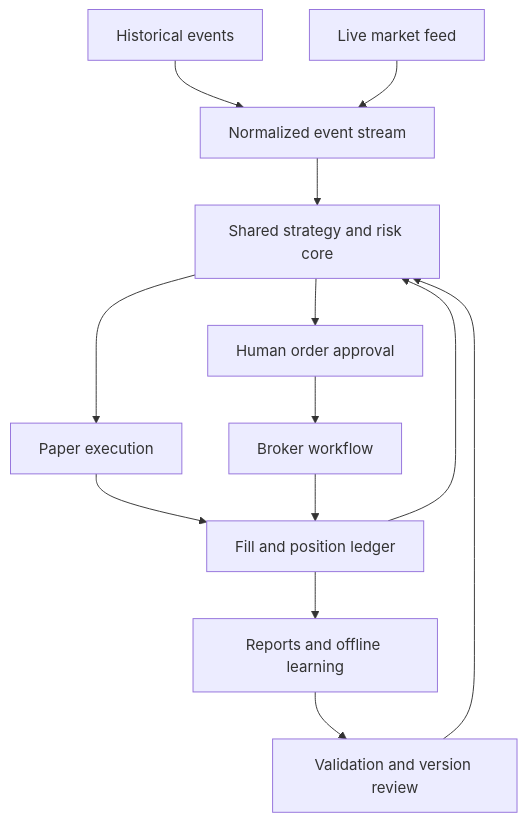
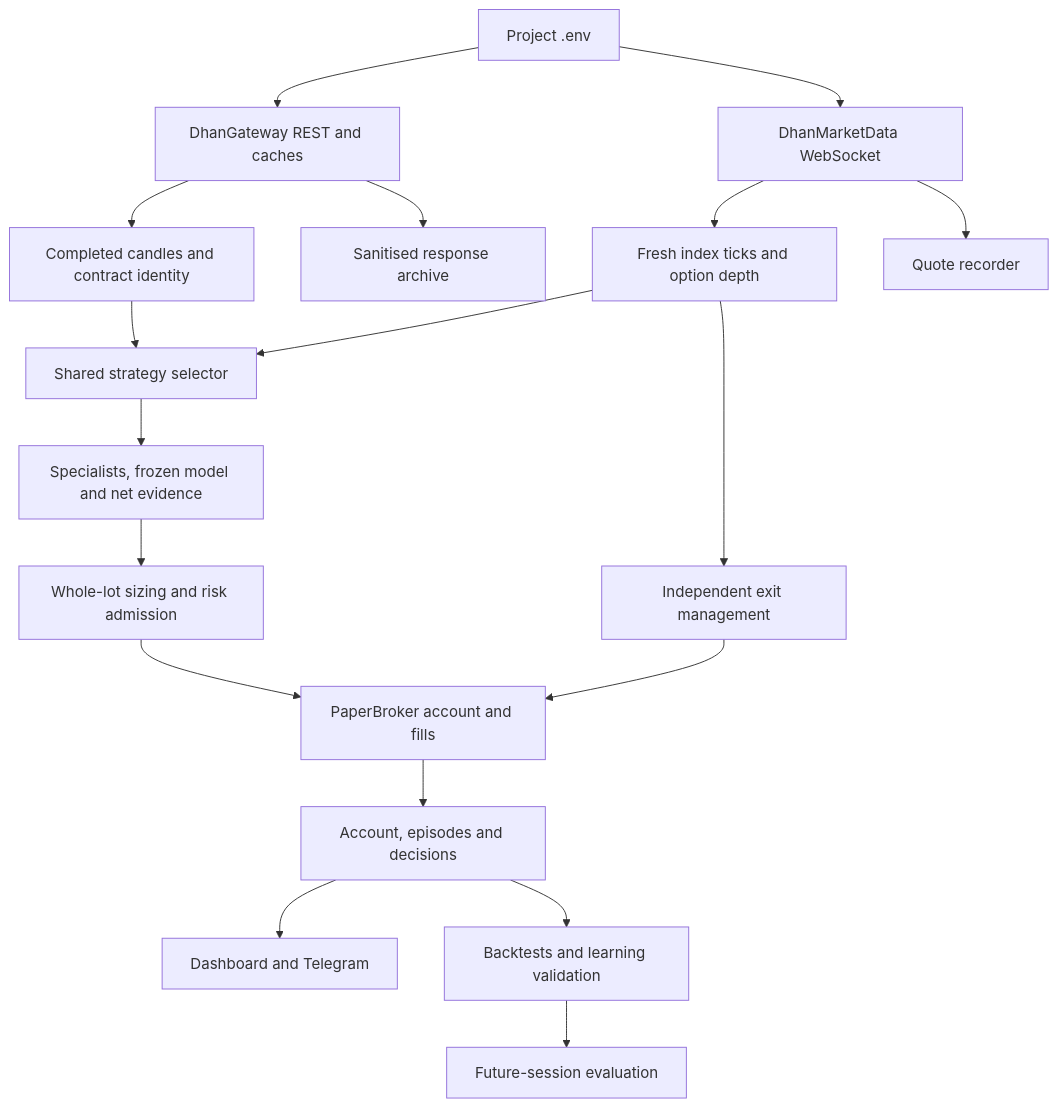
One commit to Soumya-Podder/NIFTY-SENSEX-Trading-Bot changed the diagram in Trading Bot/NIFTY_SENSEX_Implementation_Plan.md. Above: the diagram before and after it, drawn with Mermaid. The commit also changed other lines of this file and 629 other files, not shown here.

````diff
--- a/Trading Bot/NIFTY_SENSEX_Implementation_Plan.md
+++ b/Trading Bot/NIFTY_SENSEX_Implementation_Plan.md
@@ -190,15 +63,20 @@
 ```mermaid
 flowchart TD
-    H[Historical events] --> N[Normalized event stream]
-    L[Live market feed] --> N
-    N --> C[Shared strategy and risk core]
-    C --> P[Paper execution]
-    C --> A[Human order approval]
-    A --> B[Broker workflow]
-    P --> F[Fill and position ledger]
-    B --> F
-    F --> C
-    F --> R[Reports and offline learning]
-    R --> V[Validation and version review]
-    V --> C
+    ENV[Project .env] --> REST[DhanGateway REST and caches]
+    ENV --> WS[DhanMarketData WebSocket]
+    REST --> INPUT[Completed candles and contract identity]
+    REST --> ARCH[Sanitised response archive]
+    WS --> QUOTES[Fresh index ticks and option depth]
+    WS --> REC[Quote recorder]
+    INPUT --> SELECT[Shared strategy selector]
+    QUOTES --> SELECT
+    SELECT --> CHECK[Specialists, frozen model and net evidence]
+    CHECK --> SIZE[Whole-lot sizing and risk admission]
+    SIZE --> BROKER[PaperBroker account and fills]
+    QUOTES --> EXIT[Independent exit management]
+    EXIT --> BROKER
+    BROKER --> DB[Account, episodes and decisions]
+    DB --> UI[Dashboard and Telegram]
+    DB --> RESEARCH[Backtests and learning validation]
+    RESEARCH --> FUTURE[Future-session evaluation]
 ```
````
